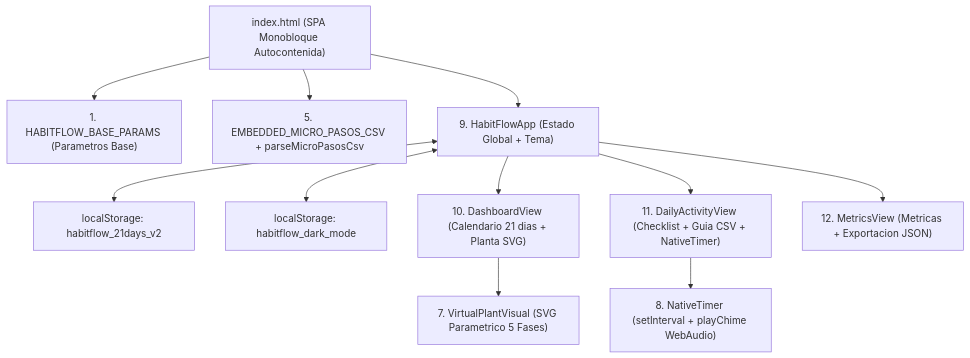
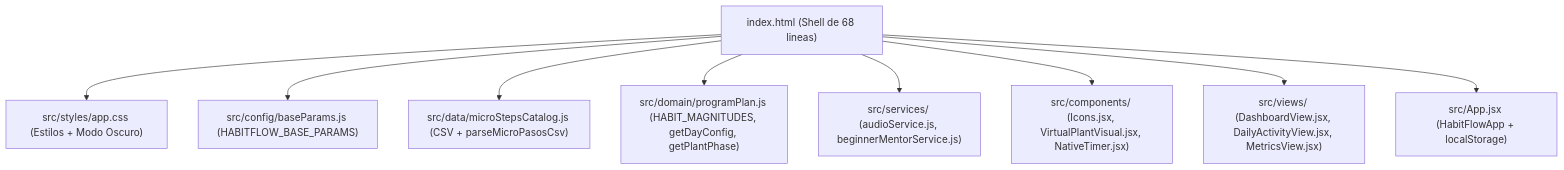
Before and after one commit to UTDevs-Software-Team/Habit-Flow: the diagram in docs/EXPLICACION_TECNICA_DEL_CODIGO.md, drawn with Mermaid. The commit also changed other lines of this file and 16 other files, not shown here.

Commit message:
feat(web): modular black-box architecture with full JSDoc and documentation on main

````diff
--- a/docs/EXPLICACION_TECNICA_DEL_CODIGO.md
+++ b/docs/EXPLICACION_TECNICA_DEL_CODIGO.md
@@ -11,13 +11,11 @@
 ```mermaid
 flowchart TD
-    Index["index.html (SPA Monobloque Autocontenida)"] --> Params["1. HABITFLOW_BASE_PARAMS (Parametros Base)"]
-    Index --> Csv["5. EMBEDDED_MICRO_PASOS_CSV + parseMicroPasosCsv"]
-    Index --> State["9. HabitFlowApp (Estado Global + Tema)"]
-    State <--> Storage1["localStorage: habitflow_21days_v2"]
-    State <--> Storage2["localStorage: habitflow_dark_mode"]
-    State --> View1["10. DashboardView (Calendario 21 dias + Planta SVG)"]
-    State --> View2["11. DailyActivityView (Checklist + Guia CSV + NativeTimer)"]
-    State --> View3["12. MetricsView (Metricas + Exportacion JSON)"]
-    View2 --> Timer["8. NativeTimer (setInterval + playChime WebAudio)"]
-    View1 --> Plant["7. VirtualPlantVisual (SVG Parametrico 5 Fases)"]
+    Index["index.html (Shell de 68 lineas)"] --> Styles["src/styles/app.css (Estilos + Modo Oscuro)"]
+    Index --> Config["src/config/baseParams.js (HABITFLOW_BASE_PARAMS)"]
+    Index --> Data["src/data/microStepsCatalog.js (CSV + parseMicroPasosCsv)"]
+    Index --> Domain["src/domain/programPlan.js (HABIT_MAGNITUDES, getDayConfig, getPlantPhase)"]
+    Index --> Services["src/services/ (audioService.js, beginnerMentorService.js)"]
+    Index --> Components["src/components/ (Icons.jsx, VirtualPlantVisual.jsx, NativeTimer.jsx)"]
+    Index --> Views["src/views/ (DashboardView.jsx, DailyActivityView.jsx, MetricsView.jsx)"]
+    Index --> App["src/App.jsx (HabitFlowApp + localStorage)"]
 ```
````
